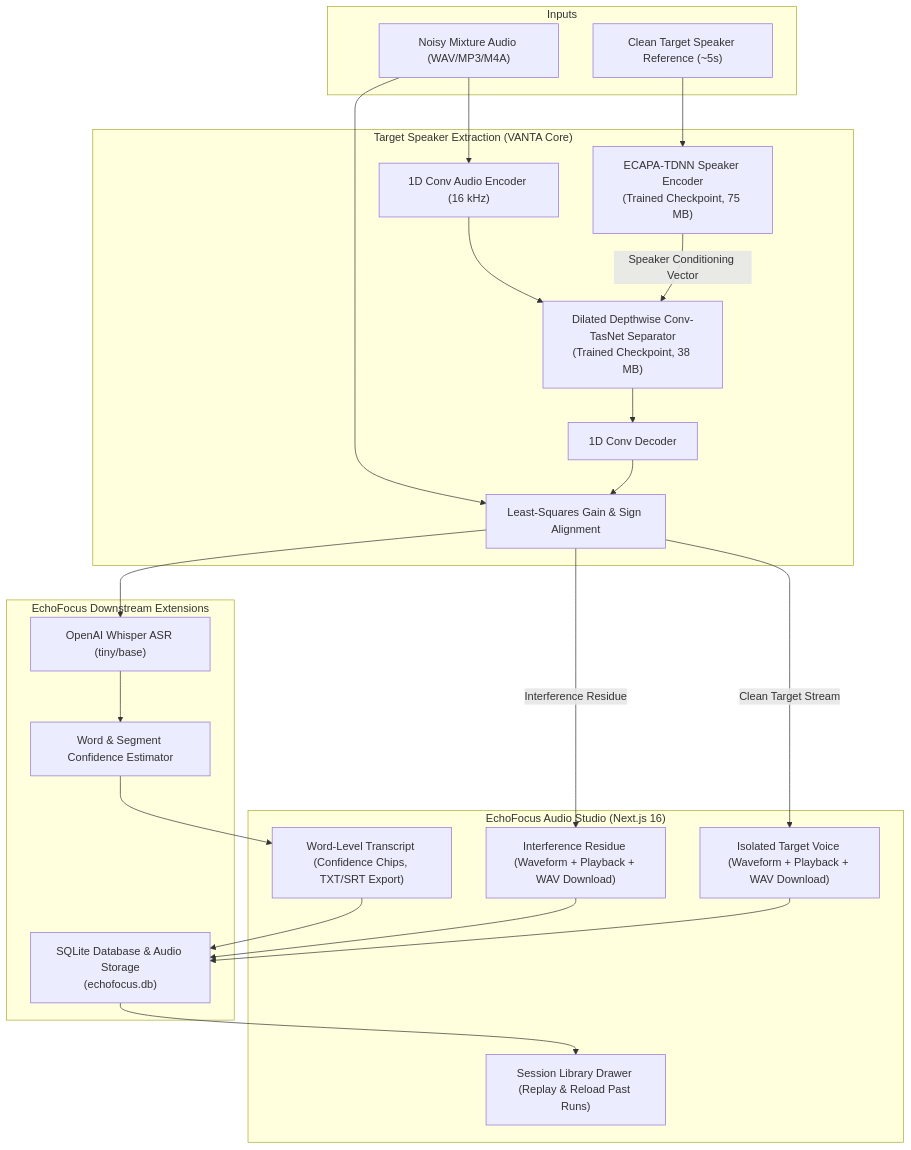
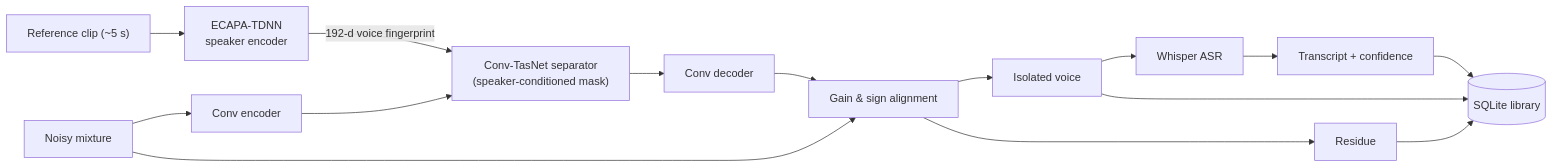
The diagram in README.md (rajatgitti/EchoFocus), drawn with Mermaid before and after one commit. The commit also changed other lines of this file and 2 other files, not shown here.

First line of the commit message:
Personalise README, add run.bat launcher and download mirror option

````diff
--- a/README.md
+++ b/README.md
@@ -36,45 +31,13 @@
 ```mermaid
-flowchart TD
-    subgraph Inputs
-        MIX["Noisy Mixture Audio (WAV/MP3/M4A)"]
-        REF["Clean Target Speaker Reference (~5s)"]
-    end
-
-    subgraph NeuralExtraction["Target Speaker Extraction (VANTA Core)"]
-        ENC["1D Conv Audio Encoder (16 kHz)"]
-        SPK_ENC["ECAPA-TDNN Speaker Encoder\n(Trained Checkpoint, 75 MB)"]
-        SEP["Dilated Depthwise Conv-TasNet Separator\n(Trained Checkpoint, 38 MB)"]
-        DEC["1D Conv Decoder"]
-        LS["Least-Squares Gain & Sign Alignment"]
-    end
-
-    subgraph PostProcessing["EchoFocus Downstream Extensions"]
-        WHISPER["OpenAI Whisper ASR (tiny/base)"]
-        CONF["Word & Segment Confidence Estimator"]
-        LIB["SQLite Database & Audio Storage\n(echofocus.db)"]
-    end
-
-    subgraph UserInterface["EchoFocus Audio Studio (Next.js 16)"]
-        WAVE_TARGET["Isolated Target Voice (Waveform + Playback + WAV Download)"]
-        WAVE_RESIDUE["Interference Residue (Waveform + Playback + WAV Download)"]
-        TRANSCRIPT["Word-Level Transcript (Confidence Chips, TXT/SRT Export)"]
-        HIST["Session Library Drawer (Replay & Reload Past Runs)"]
-    end
-
-    MIX --> ENC
-    REF --> SPK_ENC
-    ENC --> SEP
-    SPK_ENC -->|Speaker Conditioning Vector| SEP
-    SEP --> DEC
-    DEC --> LS
-    MIX --> LS
-    LS -->|Clean Target Stream| WAVE_TARGET
-    LS -->|Interference Residue| WAVE_RESIDUE
-    LS --> WHISPER
-    WHISPER --> CONF
-    CONF --> TRANSCRIPT
-    WAVE_TARGET --> LIB
-    WAVE_RESIDUE --> LIB
-    TRANSCRIPT --> LIB
-    LIB --> HIST
+flowchart LR
+    REF["Reference clip (~5 s)"] --> SPK["ECAPA-TDNN<br/>speaker encoder"]
+    MIX["Noisy mixture"] --> ENC["Conv encoder"]
+    SPK -->|192-d voice fingerprint| SEP["Conv-TasNet separator<br/>(speaker-conditioned mask)"]
+    ENC --> SEP --> DEC["Conv decoder"]
+    DEC --> ALIGN["Gain & sign alignment"]
+    MIX --> ALIGN
+    ALIGN --> VOICE["Isolated voice"]
+    ALIGN --> RES["Residue"]
+    VOICE --> ASR["Whisper ASR"] --> TXT["Transcript + confidence"]
+    VOICE & RES & TXT --> DB[("SQLite library")]
 ```
````
